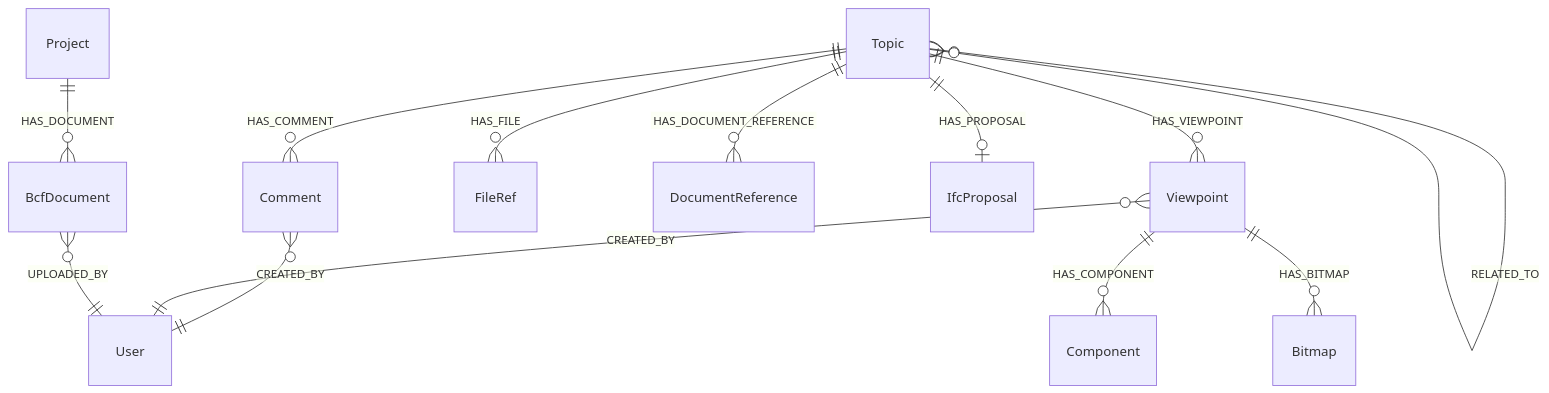
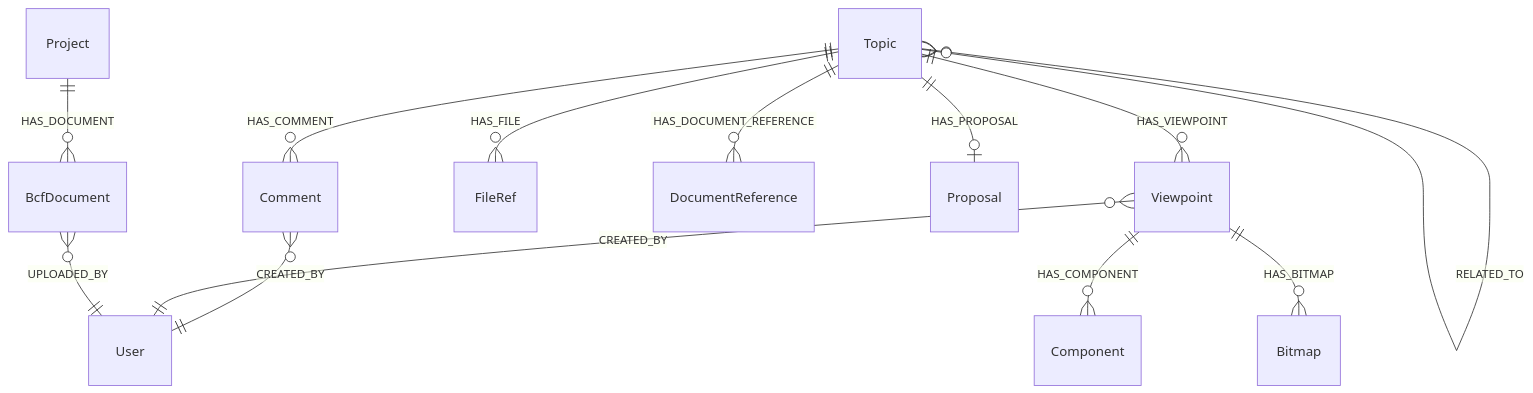
The fourth of 6 diagrams in docs/da/graph-schema.md (marwiss/Kontroll), drawn with Mermaid before and after one commit. The commit also changed other lines of this file and 17 other files, not shown here.

````diff
--- a/docs/da/graph-schema.md
+++ b/docs/da/graph-schema.md
@@ -95,15 +99,15 @@
 ```mermaid
 erDiagram
     Topic ||--o{ Comment : HAS_COMMENT
     Topic ||--o{ Viewpoint : HAS_VIEWPOINT
     Viewpoint ||--o{ Component : HAS_COMPONENT
     Viewpoint ||--o{ Bitmap : HAS_BITMAP
     Topic ||--o{ FileRef : HAS_FILE
     Topic ||--o{ DocumentReference : HAS_DOCUMENT_REFERENCE
-    Topic ||--o| IfcProposal : HAS_PROPOSAL
+    Topic ||--o| Proposal : HAS_PROPOSAL
     Topic }o--o{ Topic : RELATED_TO
     Project ||--o{ BcfDocument : HAS_DOCUMENT
     Comment }o--|| User : CREATED_BY
     Viewpoint }o--|| User : CREATED_BY
     BcfDocument }o--|| User : UPLOADED_BY
 ```
````
